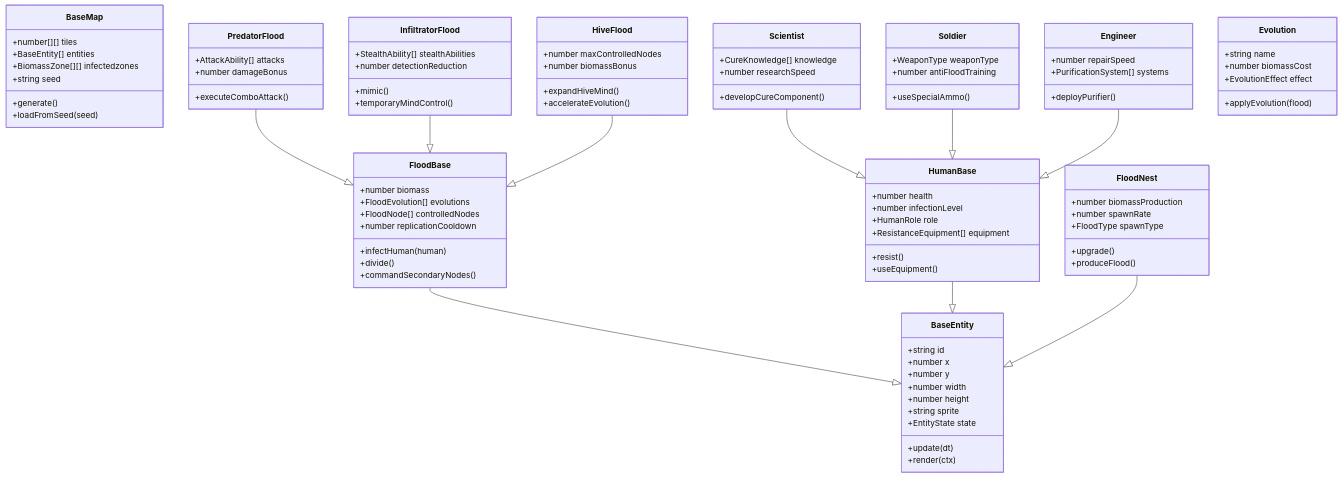
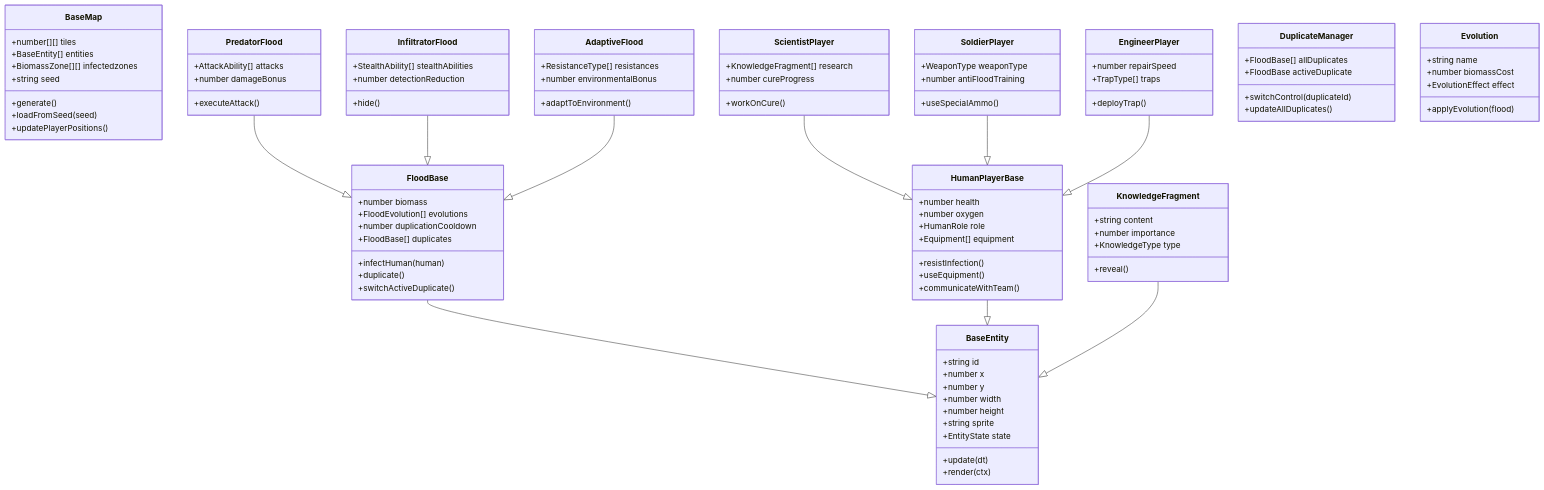
One commit to MAAN-STUDIOS/base-human-edition changed the first of 2 diagrams in docs/Flood-Edition-GDD.md. Above: the diagram before and after it, drawn with Mermaid. The commit also changed other lines of this file and 3 other files, not shown here.

````diff
--- a/docs/Flood-Edition-GDD.md
+++ b/docs/Flood-Edition-GDD.md
@@ -311,20 +312,21 @@
     class FloodBase {
         +number biomass
         +FloodEvolution[] evolutions
-        +FloodNode[] controlledNodes
-        +number replicationCooldown
+        +number duplicationCooldown
+        +FloodBase[] duplicates
         +infectHuman(human)
-        +divide()
-        +commandSecondaryNodes()
+        +duplicate()
+        +switchActiveDuplicate()
     }
 
-    class HumanBase {
+    class HumanPlayerBase {
         +number health
-        +number infectionLevel
+        +number oxygen
         +HumanRole role
-        +ResistanceEquipment[] equipment
-        +resist()
+        +Equipment[] equipment
+        +resistInfection()
         +useEquipment()
+        +communicateWithTeam()
     }
 
     class BaseMap {
@@ -334,52 +336,57 @@
         +string seed
         +generate()
         +loadFromSeed(seed)
+        +updatePlayerPositions()
     }
 
-    class FloodNest {
-        +number biomassProduction
-        +number spawnRate
-        +FloodType spawnType
-        +upgrade()
-        +produceFlood()
+    class KnowledgeFragment {
+        +string content
+        +number importance
+        +KnowledgeType type
+        +reveal()
     }
 
     class PredatorFlood {
         +AttackAbility[] attacks
         +number damageBonus
-        +executeComboAttack()
+        +executeAttack()
     }
 
     class InfiltratorFlood {
         +StealthAbility[] stealthAbilities
         +number detectionReduction
-        +mimic()
-        +temporaryMindControl()
+        +hide()
     }
 
-    class HiveFlood {
-        +number maxControlledNodes
-        +number biomassBonus
-        +expandHiveMind()
-        +accelerateEvolution()
+    class AdaptiveFlood {
+        +ResistanceType[] resistances
+        +number environmentalBonus
+        +adaptToEnvironment()
     }
 
-    class Scientist {
-        +CureKnowledge[] knowledge
-        +number researchSpeed
-        +developCureComponent()
+    class ScientistPlayer {
+        +KnowledgeFragment[] research
+        +number cureProgress
+        +workOnCure()
     }
 
-    class Soldier {
+    class SoldierPlayer {
         +WeaponType weaponType
         +number antiFloodTraining
         +useSpecialAmmo()
     }
 
-    class Engineer {
+    class EngineerPlayer {
         +number repairSpeed
-        +PurificationSystem[] systems
-        +deployPurifier()
+        +TrapType[] traps
+        +deployTrap()
+    }
+
+    class DuplicateManager {
+        +FloodBase[] allDuplicates
+        +FloodBase activeDuplicate
+        +switchControl(duplicateId)
+        +updateAllDuplicates()
     }
 
     class Evolution {
@@ -390,12 +397,12 @@
     }
 
     FloodBase --|> BaseEntity
-    HumanBase --|> BaseEntity
-    FloodNest --|> BaseEntity
+    HumanPlayerBase --|> BaseEntity
+    KnowledgeFragment --|> BaseEntity
     PredatorFlood --|> FloodBase
     InfiltratorFlood --|> FloodBase
-    HiveFlood --|> FloodBase
-    Scientist --|> HumanBase
-    Soldier --|> HumanBase
-    Engineer --|> HumanBase
+    AdaptiveFlood --|> FloodBase
+    ScientistPlayer --|> HumanPlayerBase
+    SoldierPlayer --|> HumanPlayerBase
+    EngineerPlayer --|> HumanPlayerBase
 ```
````
